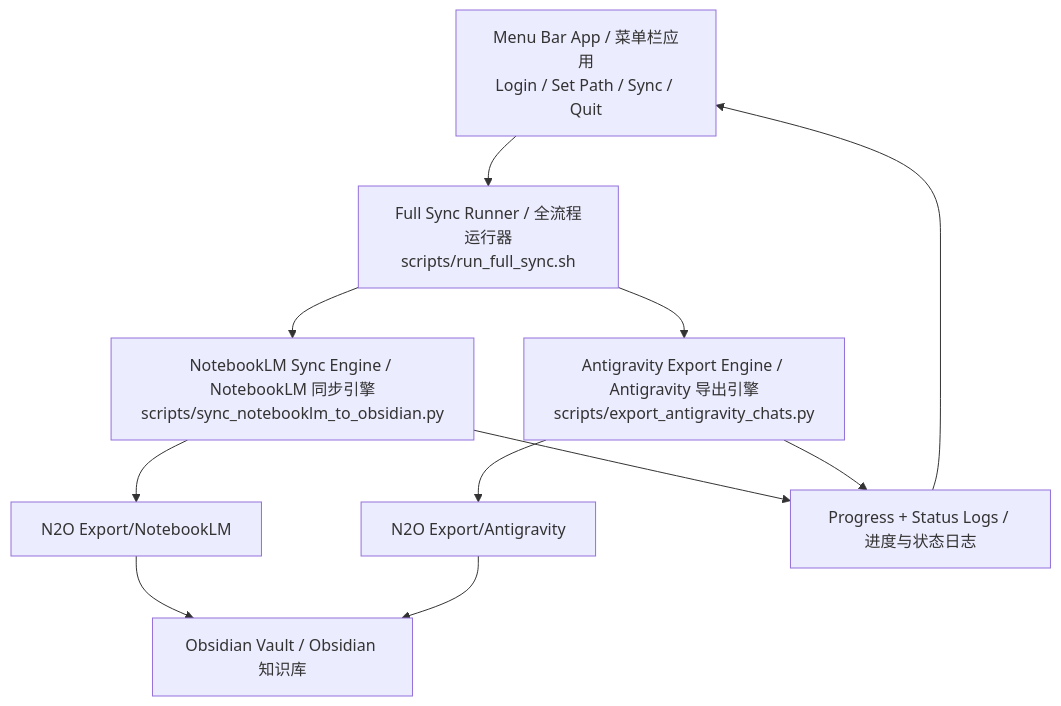
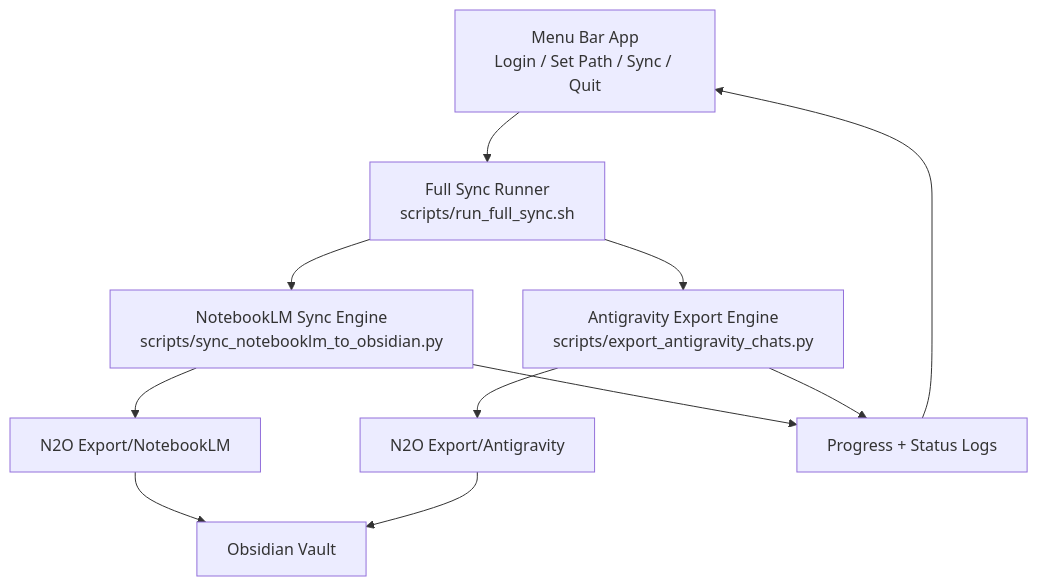
One commit to Fly-Carrot/NotebookLM-to-Obisidian changed the diagram in README.md. Above: the diagram before and after it, drawn with Mermaid. The commit also changed other lines of this file and 2 other files, not shown here.

````diff
--- a/README.md
+++ b/README.md
@@ -26,13 +18,13 @@
 ```mermaid
 flowchart TD
-    A["Menu Bar App / 菜单栏应用<br/>Login / Set Path / Sync / Quit"] --> B["Full Sync Runner / 全流程运行器<br/>scripts/run_full_sync.sh"]
-    B --> C["NotebookLM Sync Engine / NotebookLM 同步引擎<br/>scripts/sync_notebooklm_to_obsidian.py"]
-    B --> D["Antigravity Export Engine / Antigravity 导出引擎<br/>scripts/export_antigravity_chats.py"]
+    A["Menu Bar App<br/>Login / Set Path / Sync / Quit"] --> B["Full Sync Runner<br/>scripts/run_full_sync.sh"]
+    B --> C["NotebookLM Sync Engine<br/>scripts/sync_notebooklm_to_obsidian.py"]
+    B --> D["Antigravity Export Engine<br/>scripts/export_antigravity_chats.py"]
     C --> E["N2O Export/NotebookLM"]
     D --> F["N2O Export/Antigravity"]
-    E --> G["Obsidian Vault / Obsidian 知识库"]
+    E --> G["Obsidian Vault"]
     F --> G
-    C --> H["Progress + Status Logs / 进度与状态日志"]
+    C --> H["Progress + Status Logs"]
     D --> H
     H --> A
 ```
````
